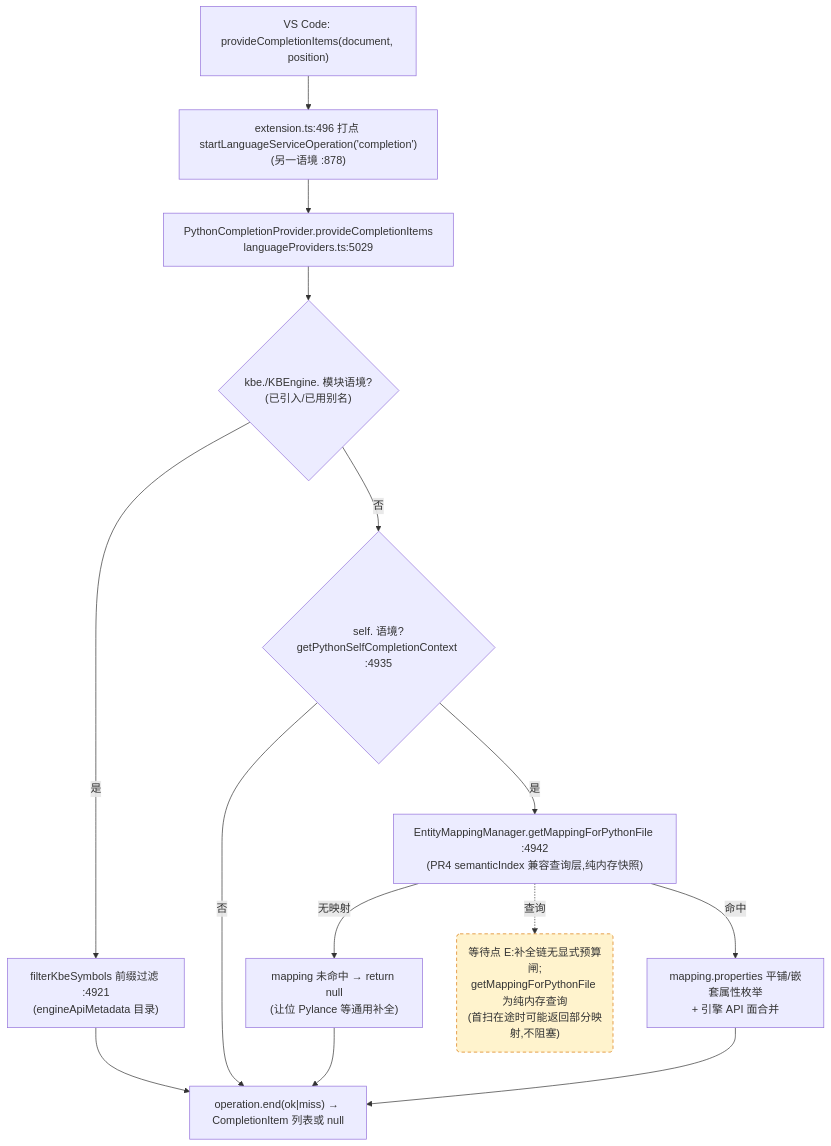
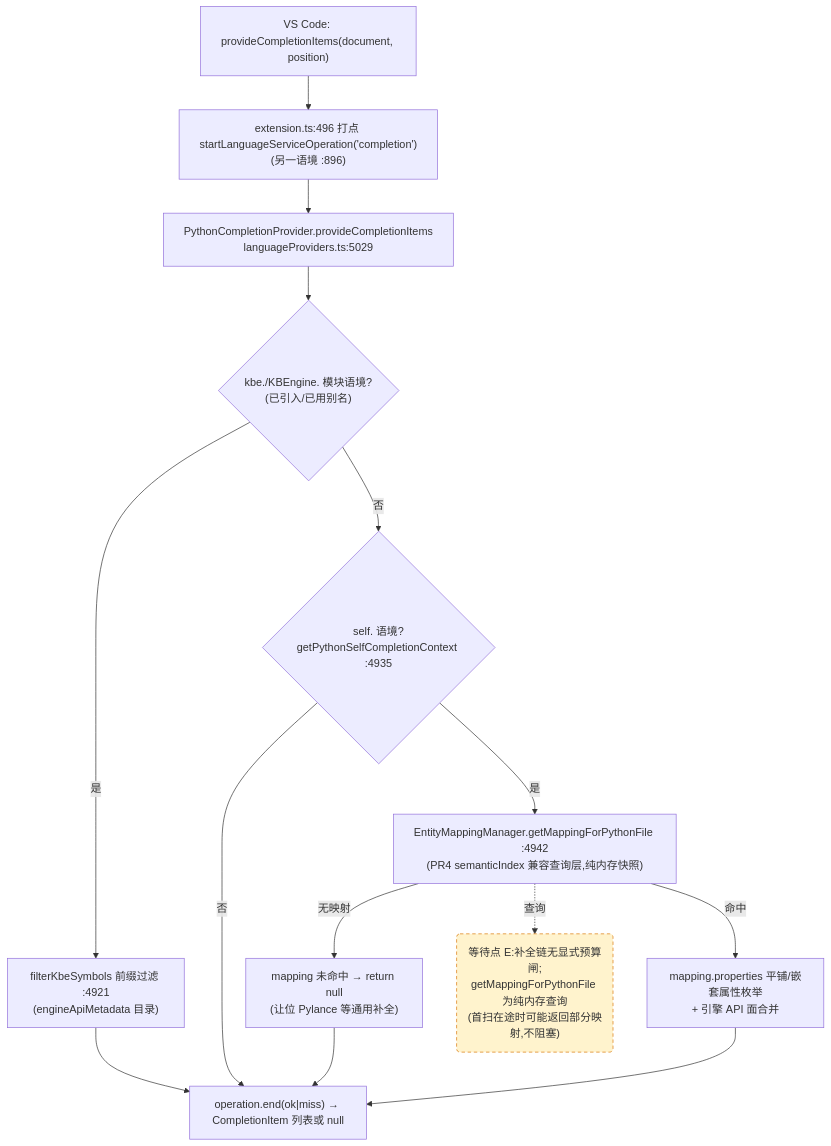
Before and after one commit to cuihairu/kode: the third of 4 diagrams in docs/perf/2026-baseline.md, drawn with Mermaid. The commit also changed other lines of this file and 4 other files, not shown here.

````diff
--- a/docs/perf/2026-baseline.md
+++ b/docs/perf/2026-baseline.md
@@ -184,27 +184,27 @@
 ```mermaid
 flowchart TD
   VC3["VS Code: provideCompletionItems(document, position)"]
-  M3["extension.ts:496 打点 startLanguageServiceOperation('completion')<br/>(另一语境 :878)"]
+  M3["extension.ts:496 打点 startLanguageServiceOperation('completion')<br/>(另一语境 :896)"]
   CP["PythonCompletionProvider.provideCompletionItems<br/>languageProviders.ts:5029"]
   KBEC{"kbe./KBEngine. 模块语境?<br/>(已引入/已用别名)"}
   FILTER["filterKbeSymbols 前缀过滤 :4921<br/>(engineApiMetadata 目录)"]
   SELFC{"self. 语境?<br/>getPythonSelfCompletionContext :4935"}
   MAP["EntityMappingManager.getMappingForPythonFile :4942<br/>(PR4 semanticIndex 兼容查询层,纯内存快照)"]
   NOMAP["mapping 未命中 → return null<br/>(让位 Pylance 等通用补全)"]
   PROPS["mapping.properties 平铺/嵌套属性枚举<br/>+ 引擎 API 面合并"]
   END3["operation.end(ok|miss) → CompletionItem 列表或 null"]
 
   VC3 --> M3 --> CP --> KBEC
   KBEC -- "是" --> FILTER --> END3
   KBEC -- "否" --> SELFC
   SELFC -- "否" --> END3
   SELFC -- "是" --> MAP
   MAP -- "无映射" --> NOMAP --> END3
   MAP -- "命中" --> PROPS --> END3
 
   WAITE("等待点 E:补全链无显式预算闸;<br/>getMappingForPythonFile 为纯内存查询<br/>(首扫在途时可能返回部分映射,不阻塞)")
   MAP -.->|查询| WAITE
 
   classDef waitPoint fill:#fff3cd,stroke:#d97706,stroke-dasharray:5 4;
   class WAITE waitPoint;
 ```
````
